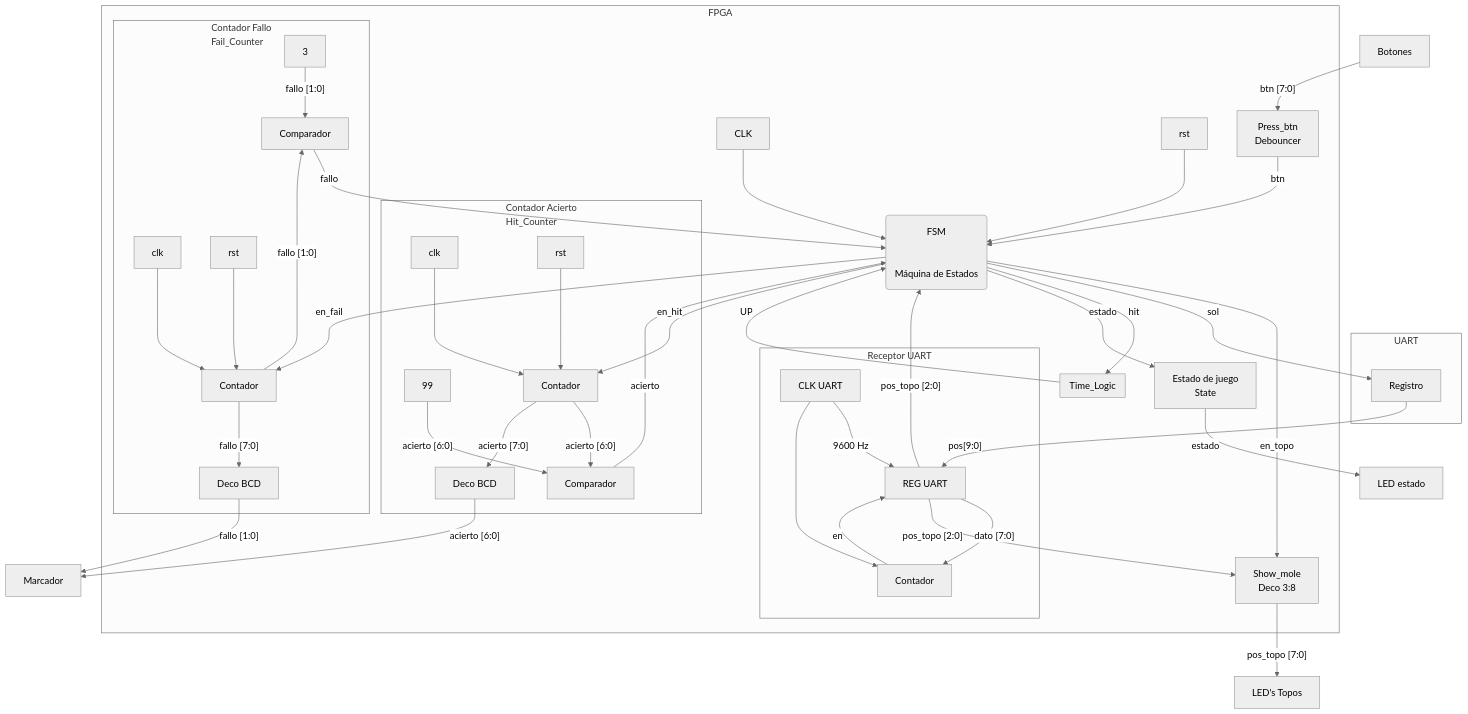
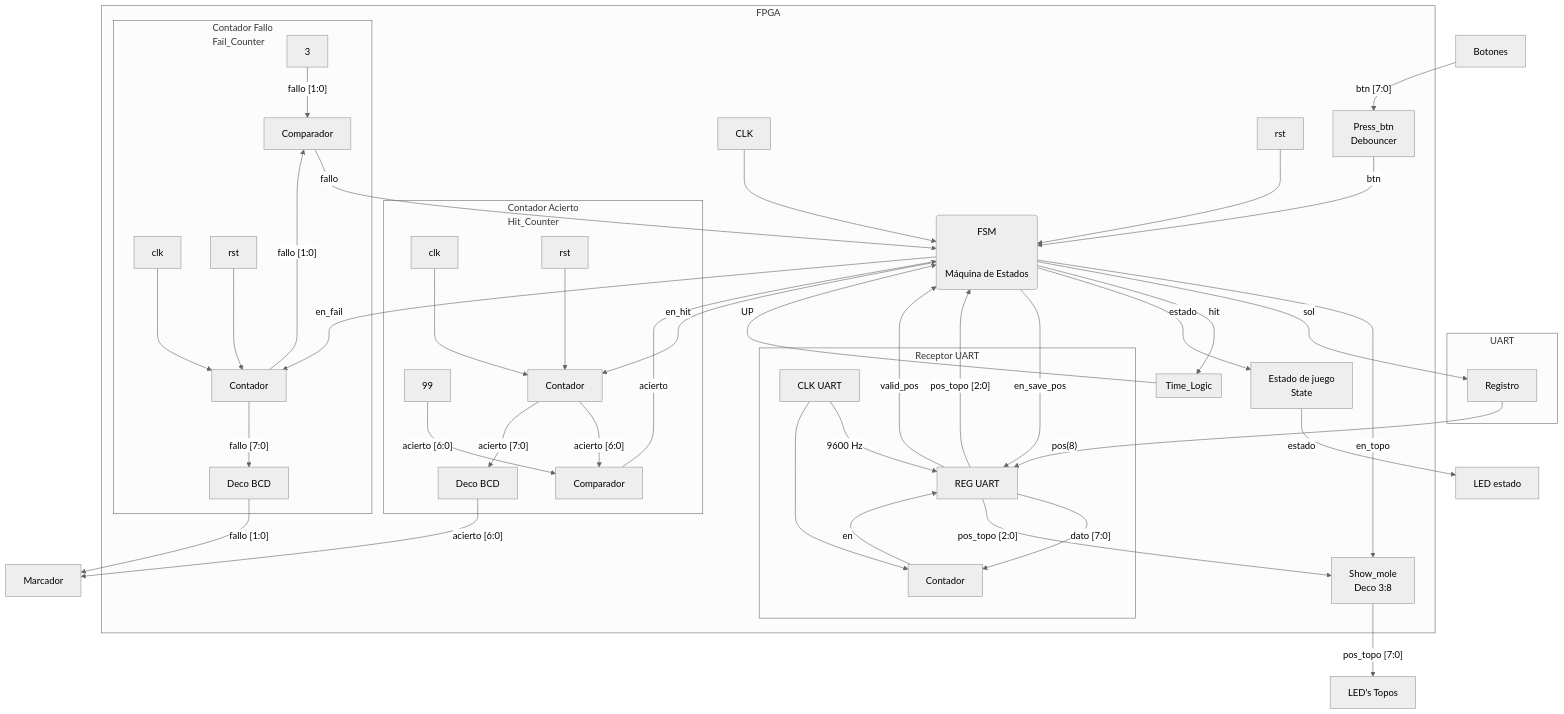
One commit to Taller-de-diseno-digital-GR01/Proyecto-1-Whack-a-mole changed the diagram in Diagramas/diagrama_FPGA.mermaid. Above: the diagram before and after it, drawn with Mermaid (neutral theme). The commit also changed 1 other file, not shown here.

Commit message:
Correciones en Receptor UART del diagrama 3er nivel

```diff
--- a/Diagramas/diagrama_FPGA.mermaid
+++ b/Diagramas/diagrama_FPGA.mermaid
@@ -1,90 +1,92 @@
 flowchart TD
 
     subgraph UART["UART"]
         REG["Registro"]
     end
 
     subgraph FPGA["FPGA"]
 
         TOPO["Show_mole <br/>Deco 3:8"]
         PRESS["Press_btn<br/>Debouncer"]
         TIME["Time_Logic"]
         FSM("FSM<br/><br/><br/>Máquina de Estados")
         STATE["Estado de juego<br/>State"]
         
 
             subgraph TIME["Time_Logic"]
 
             end
         
             subgraph CA["Contador Acierto"<br/>Hit_Counter]
                 DECO_BSD["Deco BCD"]
                 comp["Comparador"]
                 cnt["Contador"]
 
 
                 clk1["clk"] --> cnt
                 RST["rst"] --> cnt
                 cnt --> |"acierto [6:0]"| comp
                 99 --> |"acierto [6:0]"| comp
                 cnt --> |"acierto [7:0]"| DECO_BSD
                 
             end
         
             subgraph C_F["Contador Fallo"<br/>Fail_Counter]
                 DE_BSD["Deco BCD"]
                 comp2["Comparador"]
                 CONT["Contador"]
 
                 clk2["clk"] --> CONT
                 rst2["rst"] --> CONT
                 CONT --> |"fallo [1:0]"| comp2
                 3 --> |"fallo [1:0]"| comp2
                 CONT --> |"fallo [7:0]"| DE_BSD
 
             end
 
             subgraph UART_R["Receptor UART"]
                 CON_U["Contador"]
                 REG_U["REG UART"]
                 CLK_U["CLK UART"]
 
                 CLK_U -->|"9600 Hz"| REG_U
                 CLK_U --> CON_U
                 REG_U -->|"dato [7:0]"| CON_U
                 CON_U -->|"en"| REG_U
 
             end
         
 
         CLK--> FSM
         rst--> FSM
         FSM -->|"en_topo"| TOPO
         FSM -->|"sol"| REG
         PRESS -->|"btn"| FSM
         FSM -->|"hit"| TIME
         FSM -->|"estado"| STATE
         FSM -->|"en_fail"| CONT
         FSM -->|"en_hit"| cnt
         comp --> |"acierto"| FSM
         comp2 --> |"fallo"| FSM
-        REG_U -->|"pos_topo [2:0]"| FSM  
+        REG_U -->|"pos_topo [2:0]"| FSM 
+        REG_U -->|"valid_pos"| FSM 
         REG_U -->|"pos_topo [2:0]"| TOPO
+        FSM -->|"en_save_pos"| REG_U
         TIME -->|"UP"| FSM
 
     end
 
-    REG -->|"pos[9:0]"| REG_U
+    REG -->|"pos(8)"| REG_U
 
     BTN["Botones"]
     BTN -->|"btn [7:0]"| PRESS
 
     LED8["LED's Topos"]
     LED["LED estado"]
     MARK["Marcador"]
     
     TOPO -->|"pos_topo [7:0]"| LED8
     STATE -->|"estado"| LED
 
     DECO_BSD -->|"acierto [6:0]"| MARK
     DE_BSD -->|"fallo [1:0]"| MARK
```
